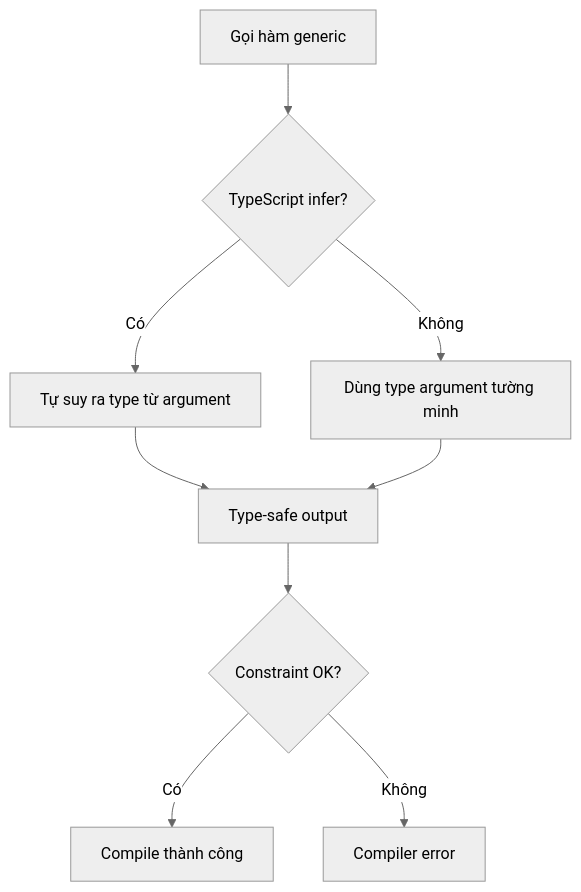
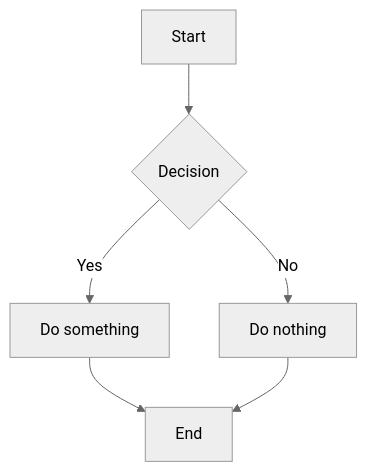
One commit to quankori/quankori.github.io changed the diagram in src/content/tech/2024-typescript-generics.md. Above: the diagram before and after it, drawn with Mermaid (neutral theme). The commit also changed other lines of this file and 5 other files, not shown here.

````diff
--- a/src/content/tech/2024-typescript-generics.md
+++ b/src/content/tech/2024-typescript-generics.md
@@ -29,11 +23,8 @@
 ```mermaid
 flowchart TD
-  A[Gọi hàm generic] --> B{TypeScript infer?}
-  B -- Có --> C[Tự suy ra type từ argument]
-  B -- Không --> D[Dùng type argument tường minh]
-  C --> E[Type-safe output]
+  A[Start] --> B{Decision}
+  B -- Yes --> C[Do something]
+  B -- No --> D[Do nothing]
+  C --> E[End]
   D --> E
-  E --> F{Constraint OK?}
-  F -- Có --> G[Compile thành công]
-  F -- Không --> H[Compiler error]
 ```
````
